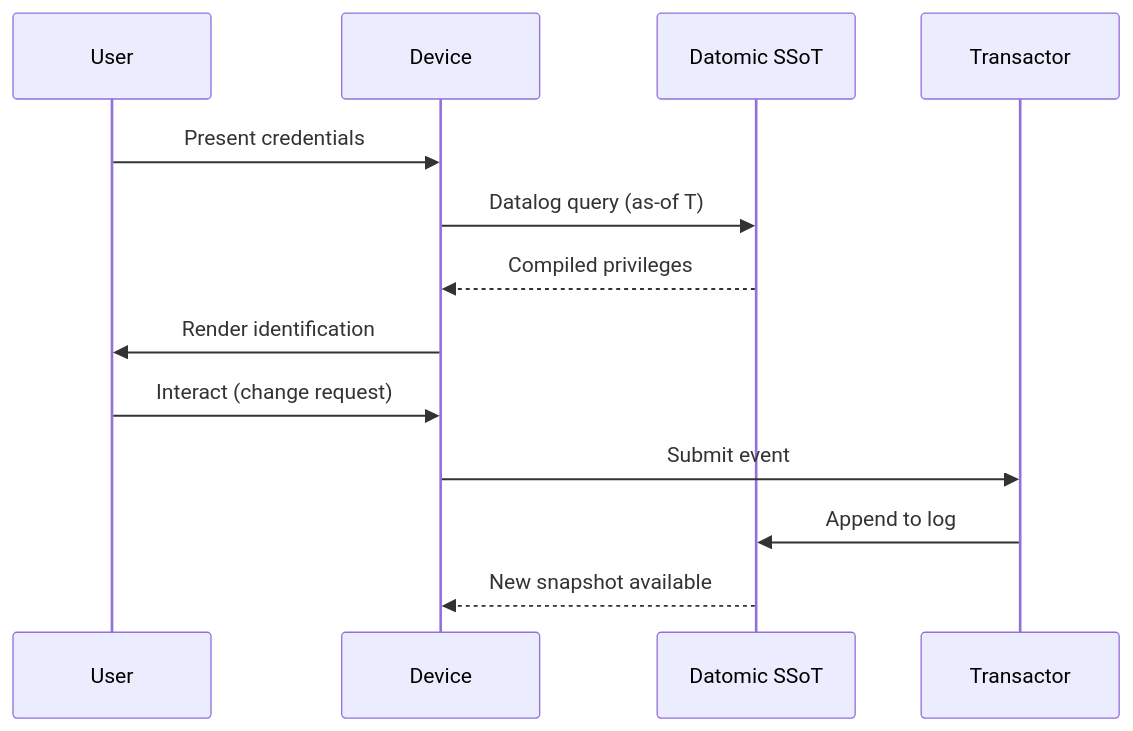
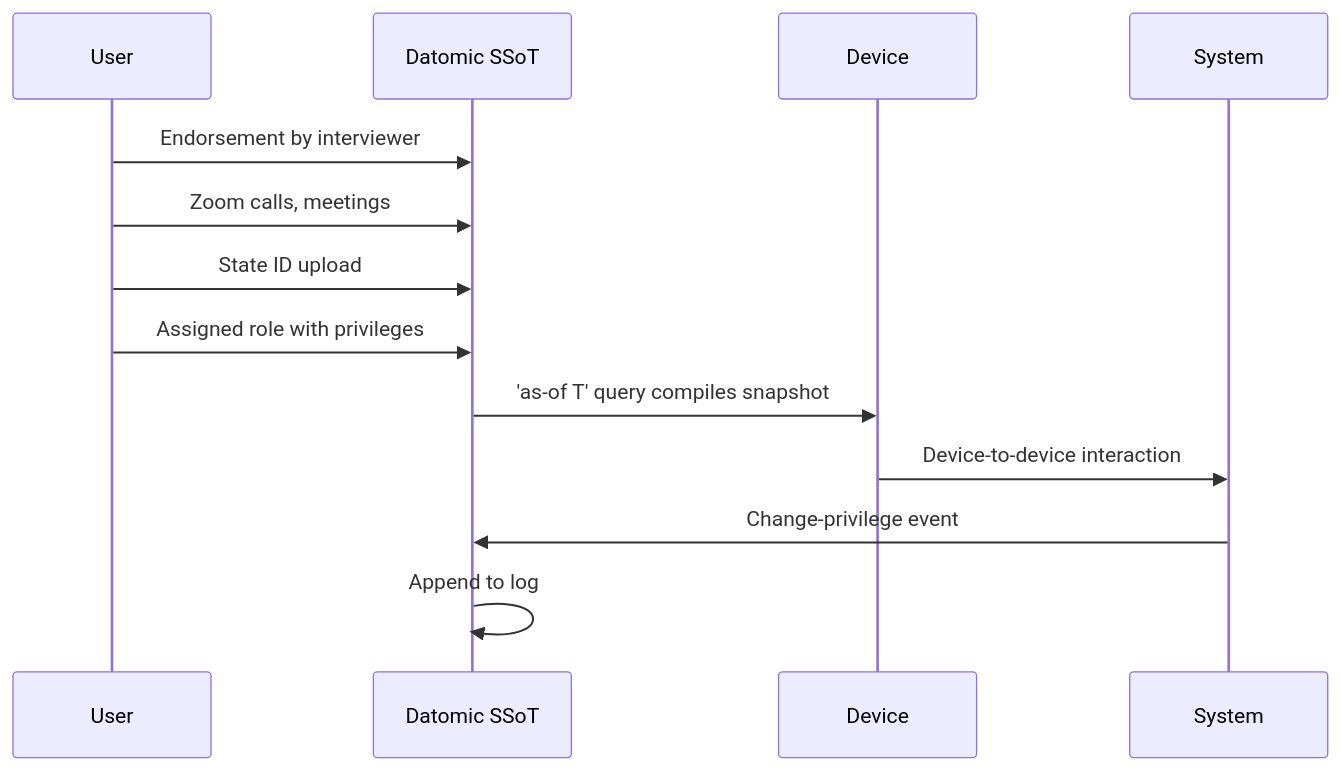
The second of 3 diagrams in conj-essay.md (Synthetic-Identity-Co/conj-talk-2025), drawn with Mermaid before and after one commit. The commit also changed other lines of this file, not shown here.

````diff
--- a/conj-essay.md
+++ b/conj-essay.md
@@ -108,16 +50,16 @@
 ```mermaid
 sequenceDiagram
     participant User
+    participant SSoT as Datomic SSoT
     participant Device
-    participant SSoT as Datomic SSoT
-    participant Transactor
-    
-    User->>Device: Present credentials
-    Device->>SSoT: Datalog query (as-of T)
-    SSoT-->>Device: Compiled privileges
-    Device->>User: Render identification
-    User->>Device: Interact (change request)
-    Device->>Transactor: Submit event
-    Transactor->>SSoT: Append to log
-    SSoT-->>Device: New snapshot available
+    participant System
+
+    User->>SSoT: Endorsement by interviewer
+    User->>SSoT: Zoom calls, meetings
+    User->>SSoT: State ID upload
+    User->>SSoT: Assigned role with privileges
+    SSoT->>Device: 'as-of T' query compiles snapshot
+    Device->>System: Device-to-device interaction
+    System->>SSoT: Change-privilege event
+    SSoT->>SSoT: Append to log
 ```
````
